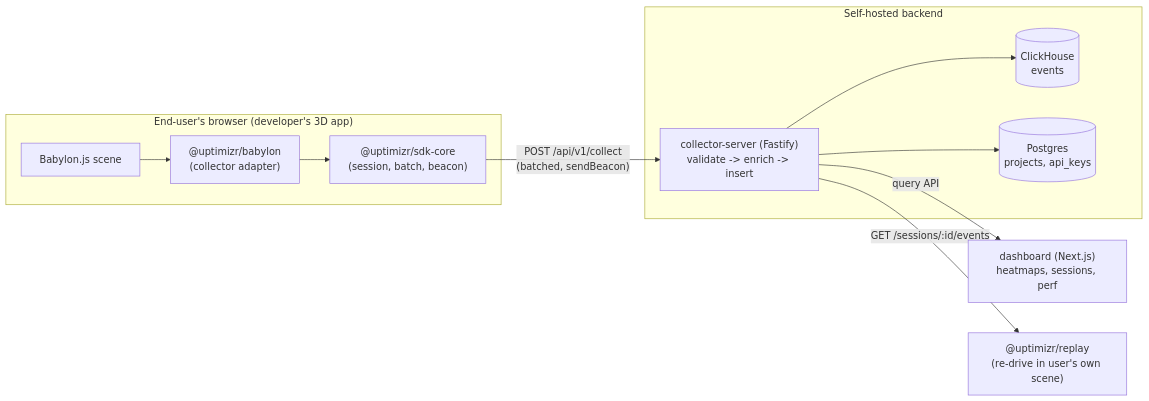
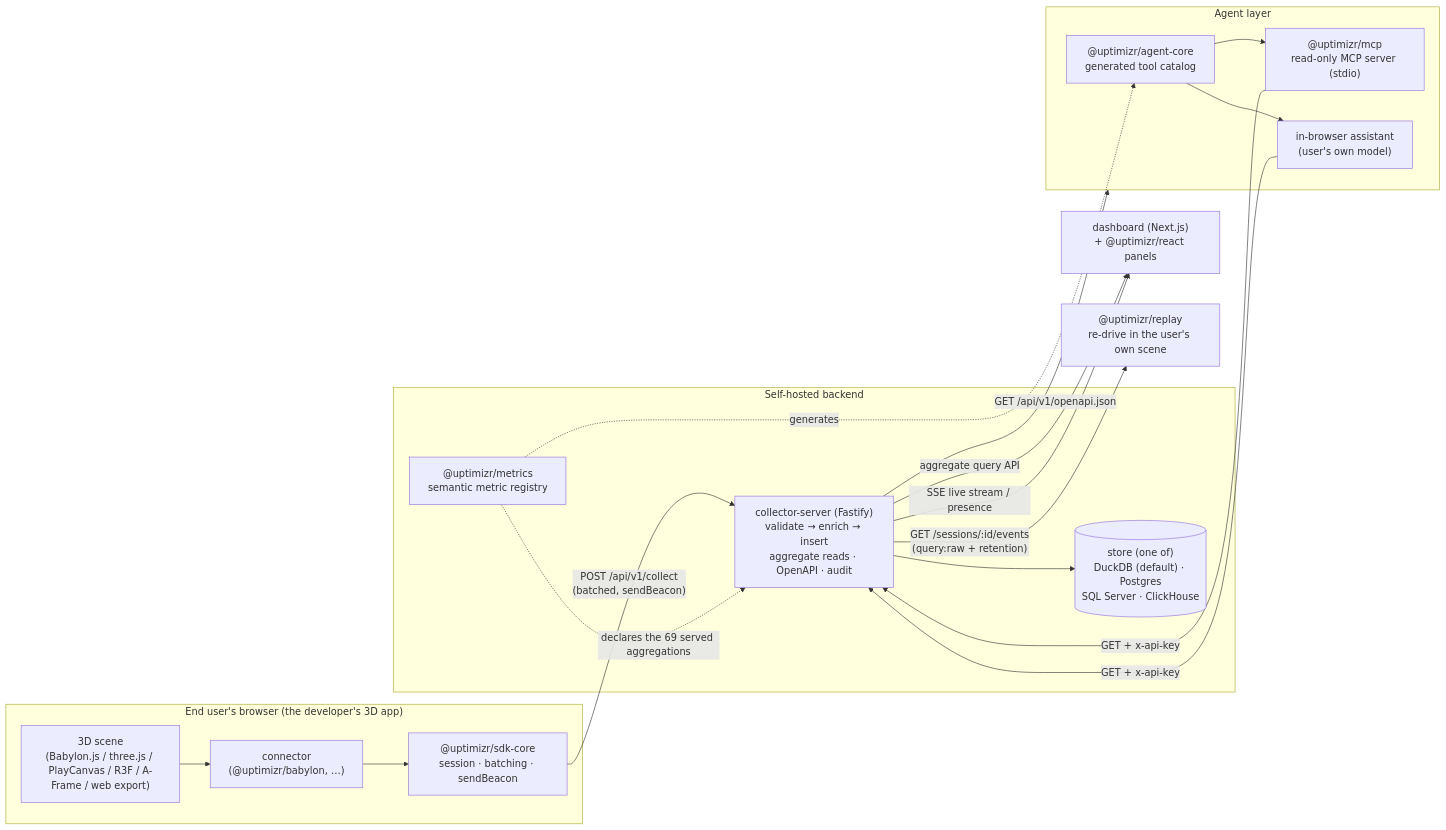
The first of 2 diagrams in docs/architecture/overview.md (RaananW/Uptimizr), drawn with Mermaid before and after one commit. The commit also changed other lines of this file and 22 other files, not shown here.

First line of the commit message:
docs(agents): AI-first analytics layer follow-through (#339)

````diff
--- a/docs/architecture/overview.md
+++ b/docs/architecture/overview.md
@@ -9,22 +19,36 @@
 ```mermaid
 flowchart LR
-  subgraph Browser["End-user's browser (developer's 3D app)"]
-    Scene["Babylon.js scene"]
-    Babylon["@uptimizr/babylon\n(collector adapter)"]
-    Core["@uptimizr/sdk-core\n(session, batch, beacon)"]
-    Scene --> Babylon --> Core
+  subgraph Browser["End user's browser (the developer's 3D app)"]
+    Scene["3D scene<br/>(Babylon.js / three.js / PlayCanvas / R3F / A-Frame / web export)"]
+    Conn["connector<br/>(@uptimizr/babylon, …)"]
+    Core["@uptimizr/sdk-core<br/>session · batching · sendBeacon"]
+    Scene --> Conn --> Core
   end
 
-  Core -- "POST /api/v1/collect\n(batched, sendBeacon)" --> Collector
+  Core -- "POST /api/v1/collect<br/>(batched, sendBeacon)" --> Collector
 
   subgraph Server["Self-hosted backend"]
-    Collector["collector-server (Fastify)\nvalidate -> enrich -> insert"]
-    CH[("ClickHouse\nevents")]
-    PG[("Postgres\nprojects, api_keys")]
-    Collector --> CH
-    Collector --> PG
+    Collector["collector-server (Fastify)<br/>validate → enrich → insert<br/>aggregate reads · OpenAPI · audit"]
+    Store[("store (one of)<br/>DuckDB (default) · Postgres<br/>SQL Server · ClickHouse")]
+    Reg["@uptimizr/metrics<br/>semantic metric registry"]
+    Collector --> Store
+    Reg -. "declares the 69 served aggregations" .-> Collector
   end
 
-  Collector -- "query API" --> Dashboard["dashboard (Next.js)\nheatmaps, sessions, perf"]
-  Collector -- "GET /sessions/:id/events" --> Replay["@uptimizr/replay\n(re-drive in user's own scene)"]
+  Collector -- "aggregate query API" --> Dashboard["dashboard (Next.js)<br/>+ @uptimizr/react panels"]
+  Collector -- "SSE live stream / presence" --> Dashboard
+  Collector -- "GET /sessions/:id/events<br/>(query:raw + retention)" --> Replay["@uptimizr/replay<br/>re-drive in the user's own scene"]
+
+  subgraph Agents["Agent layer"]
+    AgentCore["@uptimizr/agent-core<br/>generated tool catalog"]
+    Mcp["@uptimizr/mcp<br/>read-only MCP server (stdio)"]
+    Assistant["in-browser assistant<br/>(user's own model)"]
+    AgentCore --> Mcp
+    AgentCore --> Assistant
+  end
+
+  Reg -. generates .-> AgentCore
+  Collector -- "GET /api/v1/openapi.json" --> Agents
+  Mcp -- "GET + x-api-key" --> Collector
+  Assistant -- "GET + x-api-key" --> Collector
 ```
````
